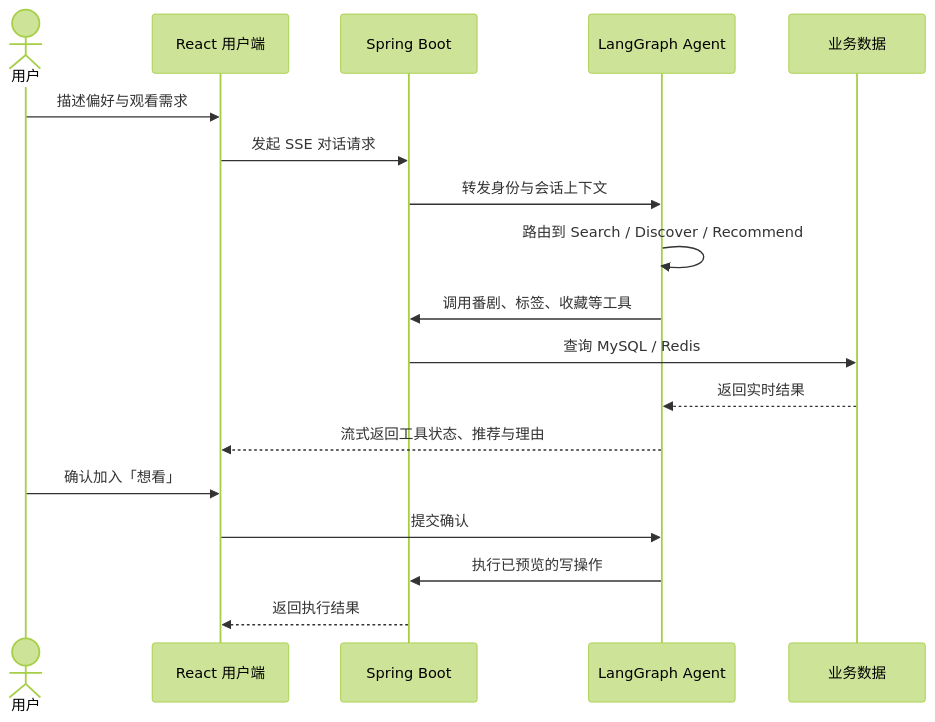
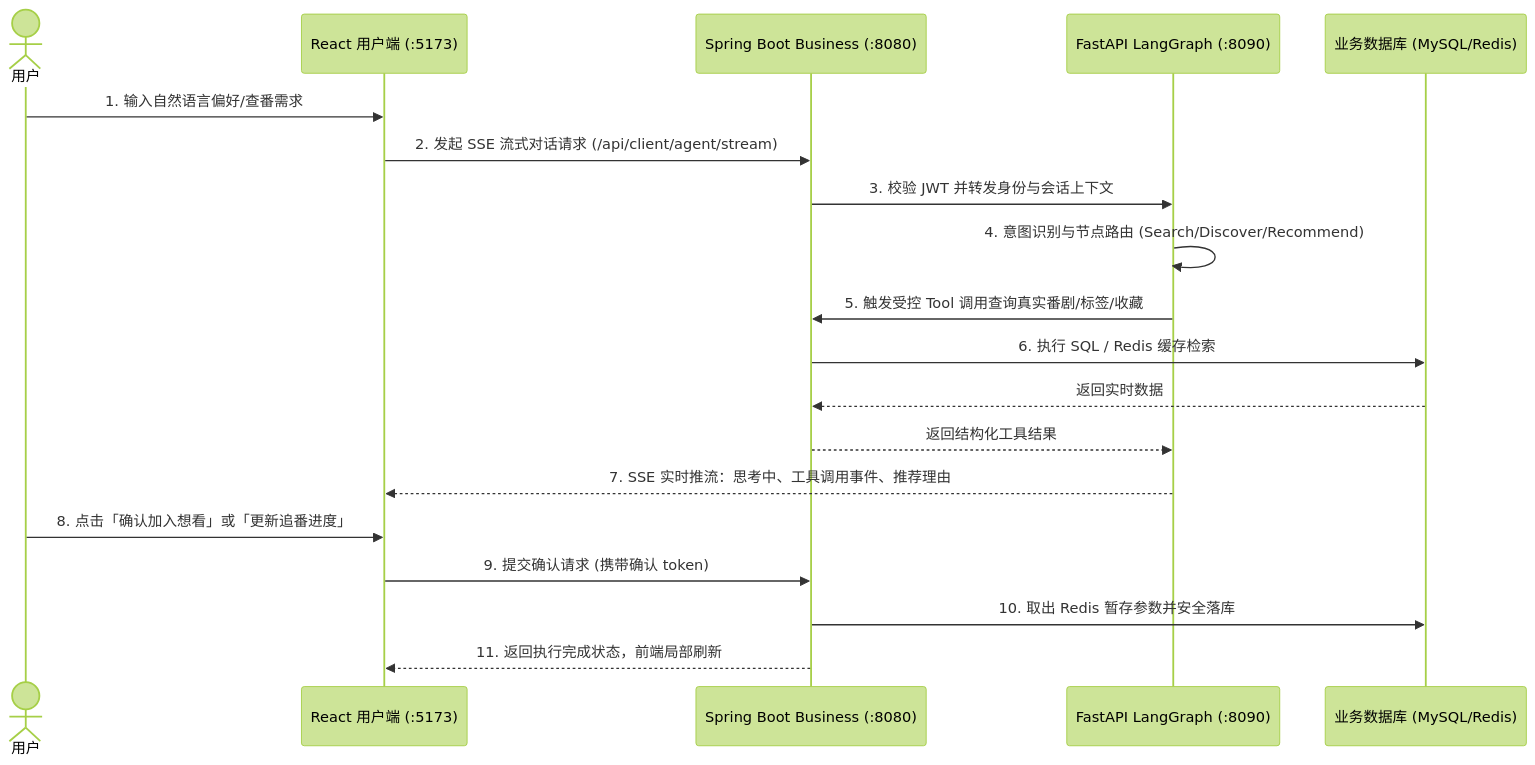
The first of 2 diagrams in README.md (zhaizzH/AnimeTracker), drawn with Mermaid (forest theme) before and after one commit. The commit also changed other lines of this file and 6 other files, not shown here.

````diff
--- a/README.md
+++ b/README.md
@@ -29,21 +54,22 @@
 ```mermaid
 sequenceDiagram
     actor User as 用户
-    participant UI as React 用户端
-    participant API as Spring Boot
-    participant Agent as LangGraph Agent
-    participant Data as 业务数据
+    participant UI as React 用户端 (:5173)
+    participant API as Spring Boot Business (:8080)
+    participant Agent as FastAPI LangGraph (:8090)
+    participant DB as 业务数据库 (MySQL/Redis)
 
-    User->>UI: 描述偏好与观看需求
-    UI->>API: 发起 SSE 对话请求
-    API->>Agent: 转发身份与会话上下文
-    Agent->>Agent: 路由到 Search / Discover / Recommend
-    Agent->>API: 调用番剧、标签、收藏等工具
-    API->>Data: 查询 MySQL / Redis
-    Data-->>Agent: 返回实时结果
-    Agent-->>UI: 流式返回工具状态、推荐与理由
-    User->>UI: 确认加入「想看」
-    UI->>Agent: 提交确认
-    Agent->>API: 执行已预览的写操作
-    API-->>UI: 返回执行结果
+    User->>UI: 1. 输入自然语言偏好/查番需求
+    UI->>API: 2. 发起 SSE 流式对话请求 (/api/client/agent/stream)
+    API->>Agent: 3. 校验 JWT 并转发身份与会话上下文
+    Agent->>Agent: 4. 意图识别与节点路由 (Search/Discover/Recommend)
+    Agent->>API: 5. 触发受控 Tool 调用查询真实番剧/标签/收藏
+    API->>DB: 6. 执行 SQL / Redis 缓存检索
+    DB-->>API: 返回实时数据
+    API-->>Agent: 返回结构化工具结果
+    Agent-->>UI: 7. SSE 实时推流：思考中、工具调用事件、推荐理由
+    User->>UI: 8. 点击「确认加入想看」或「更新追番进度」
+    UI->>API: 9. 提交确认请求 (携带确认 token)
+    API->>DB: 10. 取出 Redis 暂存参数并安全落库
+    API-->>UI: 11. 返回执行完成状态，前端局部刷新
 ```
````
